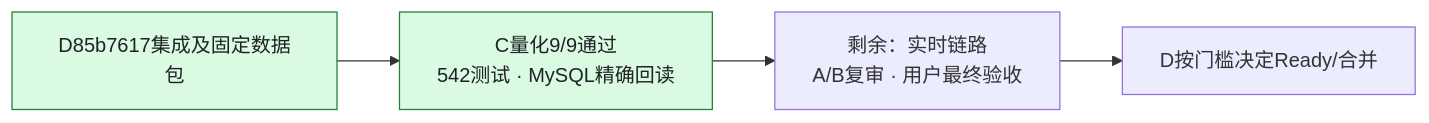
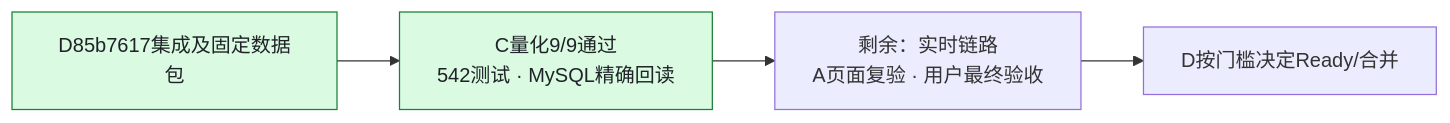
One commit to 27ye/ai-quant-platform changed the diagram in docs/C_PROGRESS.md. Above: the diagram before and after it, drawn with Mermaid. The commit also changed other lines of this file and 1 other file, not shown here.

````diff
--- a/docs/C_PROGRESS.md
+++ b/docs/C_PROGRESS.md
@@ -7,8 +7,8 @@
 ```mermaid
 flowchart LR
     I["D85b7617集成及固定数据包"] --> C["C量化9/9通过<br/>542测试 · MySQL精确回读"]
-    C --> R["剩余：实时链路<br/>A/B复审 · 用户最终验收"]
+    C --> R["剩余：实时链路<br/>A页面复验 · 用户最终验收"]
     R --> M["D按门槛决定Ready/合并"]
     classDef done fill:#dafbe1,stroke:#1a7f37,color:#1f2328
     class I,C done
 ```
````
